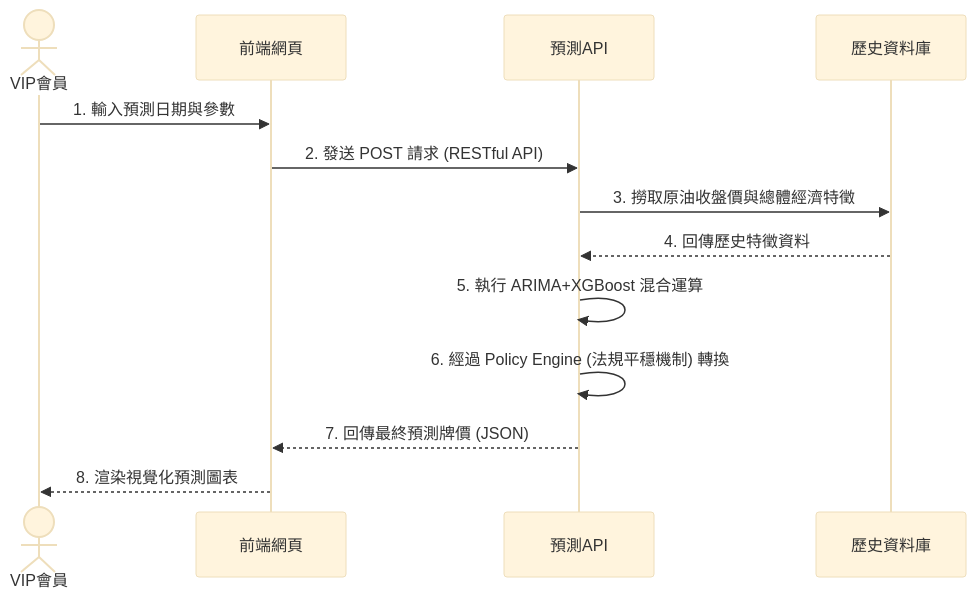
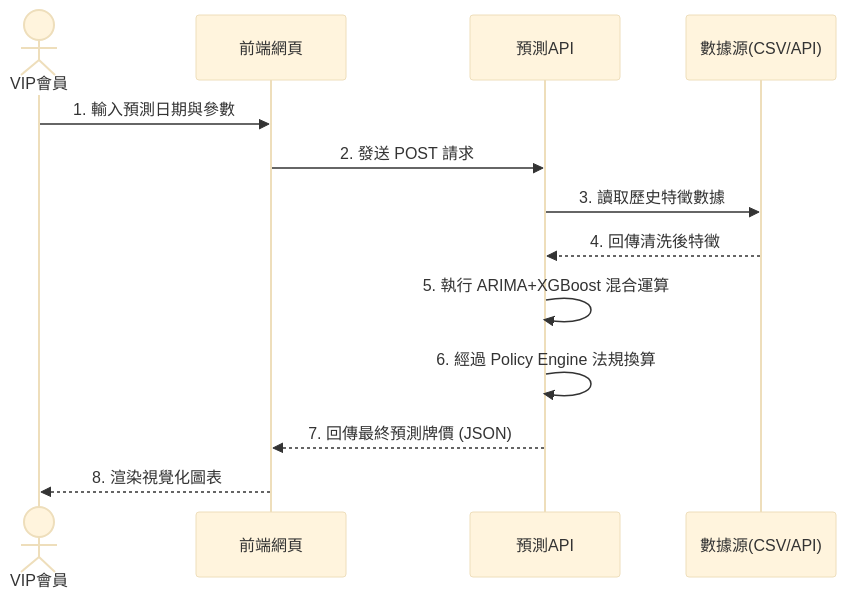
One commit to t2wqr27-tech/oil-price-prediction changed the diagram in README.md. Above: the diagram before and after it, drawn with Mermaid (base theme).

````diff
--- a/README.md
+++ b/README.md
@@ -20,16 +20,16 @@
 ```mermaid
 sequenceDiagram
     actor VIP會員
     participant 前端網頁
     participant 預測API
-    participant 歷史資料庫
+    participant 數據源(CSV/API)
 
     VIP會員->>前端網頁: 1. 輸入預測日期與參數
-    前端網頁->>預測API: 2. 發送 POST 請求 (RESTful API)
-    預測API->>歷史資料庫: 3. 撈取原油收盤價與總體經濟特徵
-    歷史資料庫-->>預測API: 4. 回傳歷史特徵資料
+    前端網頁->>預測API: 2. 發送 POST 請求
+    預測API->>數據源(CSV/API): 3. 讀取歷史特徵數據
+    數據源(CSV/API)-->>預測API: 4. 回傳清洗後特徵
     預測API->>預測API: 5. 執行 ARIMA+XGBoost 混合運算
-    預測API->>預測API: 6. 經過 Policy Engine (法規平穩機制) 轉換
+    預測API->>預測API: 6. 經過 Policy Engine 法規換算
     預測API-->>前端網頁: 7. 回傳最終預測牌價 (JSON)
-    前端網頁-->>VIP會員: 8. 渲染視覺化預測圖表
+    前端網頁-->>VIP會員: 8. 渲染視覺化圖表
 ```
````
